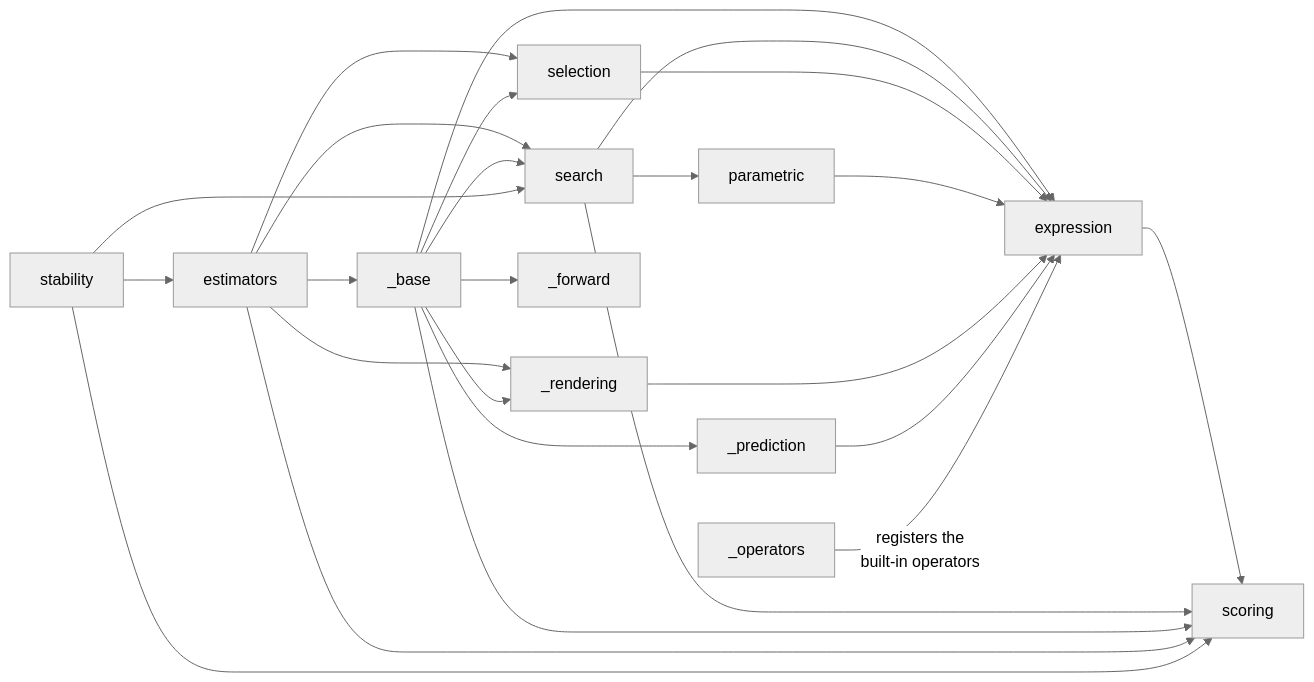
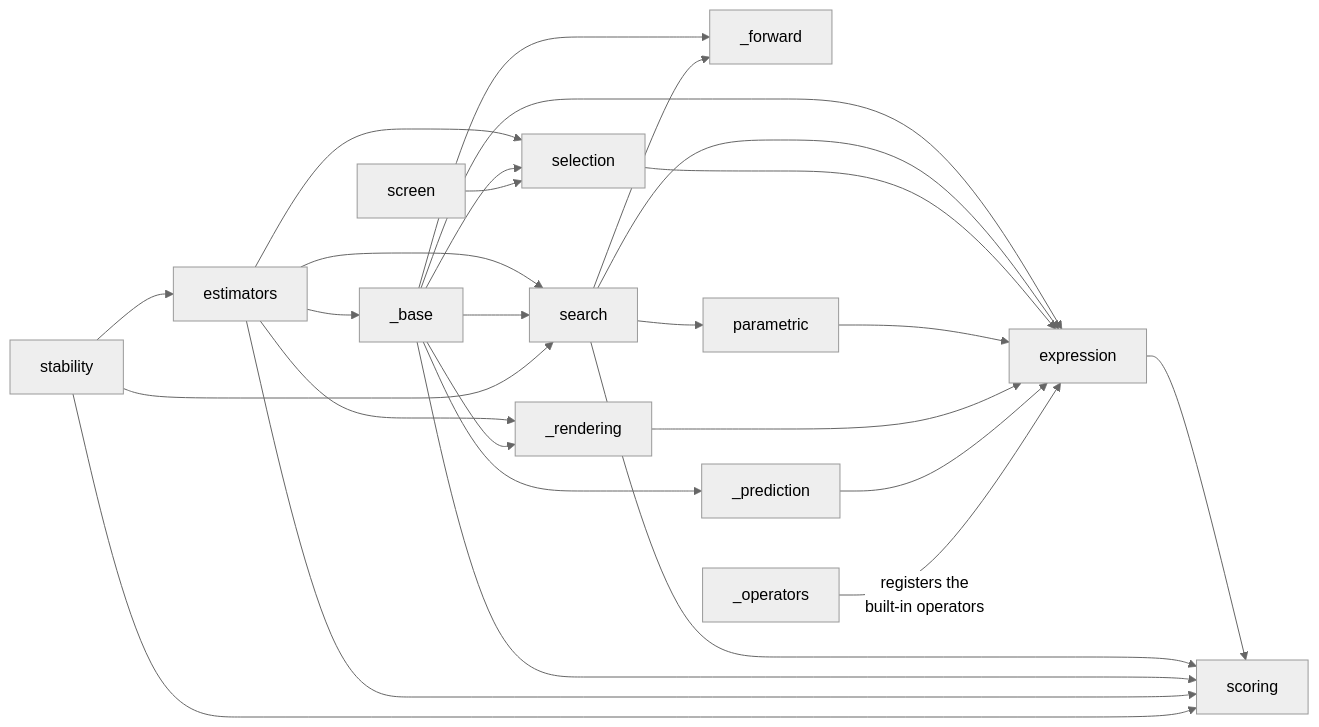
One commit to LD-Shell/beamfeat changed the third of 3 diagrams in ARCHITECTURE.md. Above: the diagram before and after it, drawn with Mermaid (neutral theme). The commit also changed other lines of this file and 13 other files, not shown here.

Commit message:
docs: README New in 0.8.0, ARCHITECTURE for screen and the residual slots, audit fixes

````diff
--- a/ARCHITECTURE.md
+++ b/ARCHITECTURE.md
@@ -101,33 +104,35 @@
 ```mermaid
 ---
 config:
   flowchart:
     wrappingWidth: 600
 ---
 flowchart LR
     %% scoring's arrows come first so that it sits top right, clear of GitHub's zoom buttons
     expression --> scoring
     search --> scoring
     _base --> scoring
     estimators --> scoring
     stability --> scoring
     estimators --> _base
     estimators --> _rendering
     estimators --> search
     estimators --> selection
     stability --> estimators
     _base --> search
     _base --> selection
     _base --> _forward
     _base --> _prediction
     _base --> _rendering
     _base --> expression
+    search --> _forward
     search --> parametric
     search --> expression
     selection --> expression
+    screen --> selection
     parametric --> expression
     _rendering --> expression
     _prediction --> expression
     _operators -->|"registers the<br/>built-in operators"| expression
     stability --> search
 ```
````
